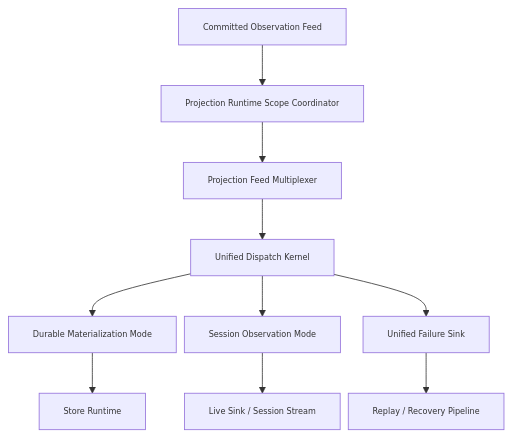
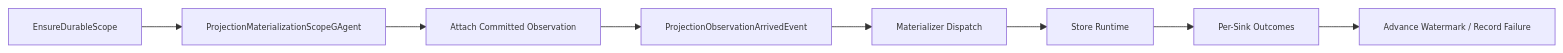
One commit to aevatarAI/aevatar changed the second of 3 diagrams in docs/architecture/2026-03-17-projection-framework-refactor-blueprint.md. Above: the diagram before and after it, drawn with Mermaid. The commit also changed other lines of this file, not shown here.

First line of the commit message:
Refactor Projection Framework Blueprint for Actor-First Architecture

````diff
--- a/docs/architecture/2026-03-17-projection-framework-refactor-blueprint.md
+++ b/docs/architecture/2026-03-17-projection-framework-refactor-blueprint.md
@@ -266,13 +410,11 @@
 ```mermaid
 %%{init: {"maxTextSize": 100000, "flowchart": {"useMaxWidth": false, "nodeSpacing": 10, "rankSpacing": 50}, "themeVariables": {"fontSize": "10px"}}}%%
-flowchart TB
-  A["Committed Observation Feed"] --> B["Projection Runtime Scope Coordinator"]
-  B --> C["Projection Feed Multiplexer"]
-  C --> D["Unified Dispatch Kernel"]
-  D --> E["Durable Materialization Mode"]
-  D --> F["Session Observation Mode"]
-  E --> G["Store Runtime"]
-  F --> H["Live Sink / Session Stream"]
-  D --> I["Unified Failure Sink"]
-  I --> J["Replay / Recovery Pipeline"]
+flowchart LR
+  A["EnsureDurableScope"] --> B["ProjectionMaterializationScopeGAgent"]
+  B --> C["Attach Committed Observation"]
+  C --> D["ProjectionObservationArrivedEvent"]
+  D --> E["Materializer Dispatch"]
+  E --> F["Store Runtime"]
+  F --> G["Per-Sink Outcomes"]
+  G --> H["Advance Watermark / Record Failure"]
 ```
````
